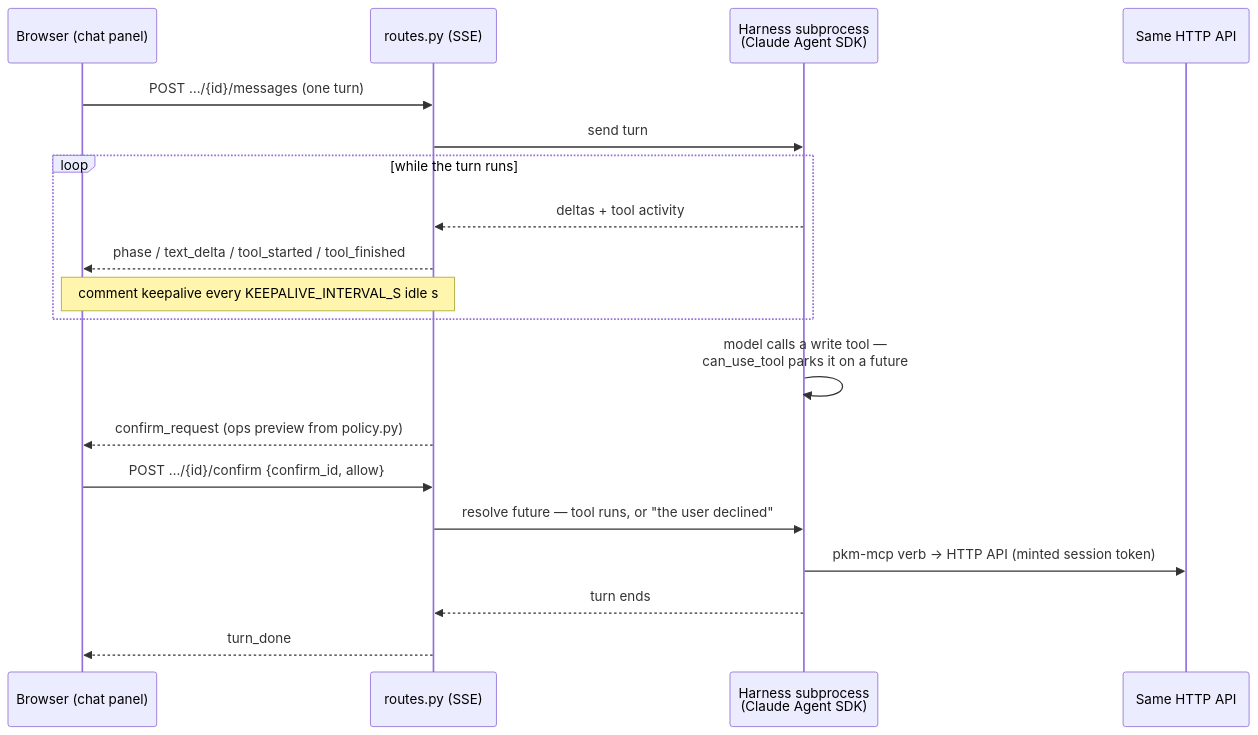
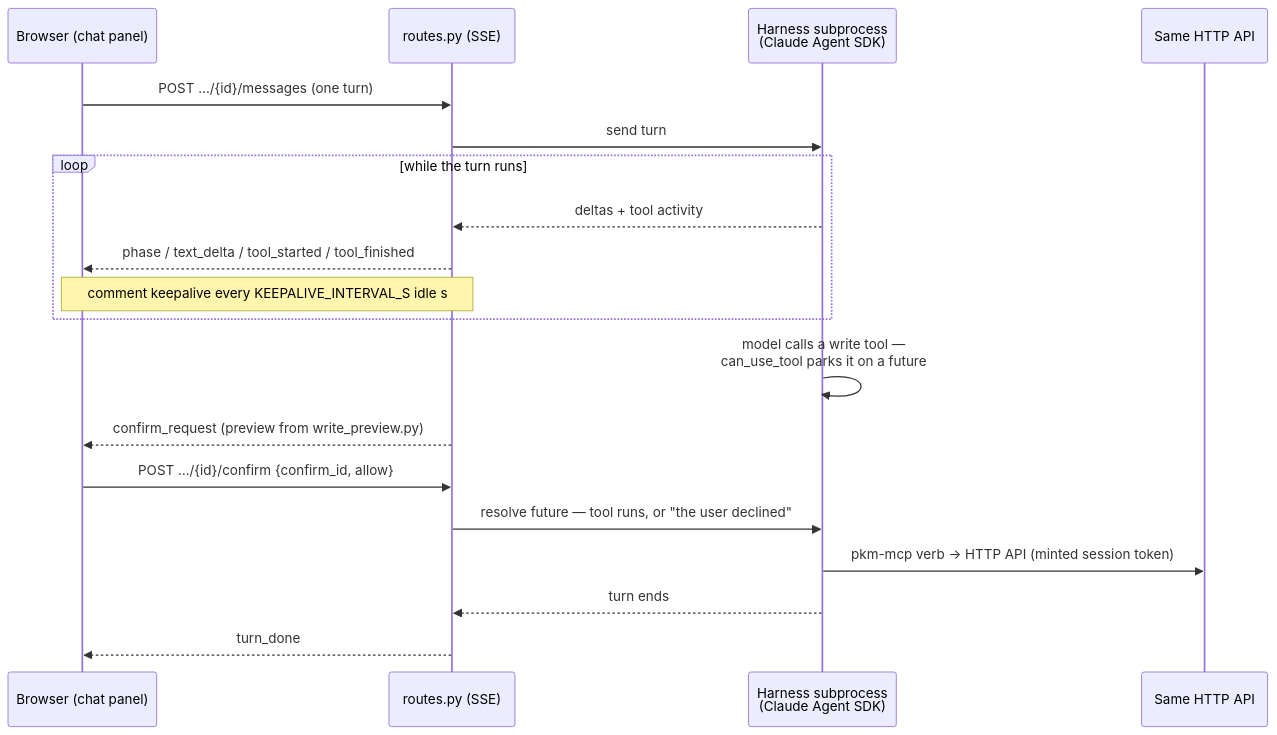
Before and after one commit to ArthurClune/pkm-system: the first of 2 diagrams in docs/architecture/assistant.md, drawn with Mermaid. The commit also changed other lines of this file and 3 other files, not shown here.

````diff
--- a/docs/architecture/assistant.md
+++ b/docs/architecture/assistant.md
@@ -30,22 +31,22 @@
 ```mermaid
 sequenceDiagram
     participant B as Browser (chat panel)
     participant R as routes.py (SSE)
     participant H as Harness subprocess<br/>(Claude Agent SDK)
     participant A as Same HTTP API
 
     B->>R: POST …/{id}/messages (one turn)
     R->>H: send turn
     loop while the turn runs
         H-->>R: deltas + tool activity
         R-->>B: phase / text_delta / tool_started / tool_finished
         Note over R,B: comment keepalive every KEEPALIVE_INTERVAL_S idle s
     end
     H->>H: model calls a write tool —<br/>can_use_tool parks it on a future
-    R-->>B: confirm_request (ops preview from policy.py)
+    R-->>B: confirm_request (preview from write_preview.py)
     B->>R: POST …/{id}/confirm {confirm_id, allow}
     R->>H: resolve future — tool runs, or "the user declined"
     H->>A: pkm-mcp verb → HTTP API (minted session token)
     H-->>R: turn ends
     R-->>B: turn_done
 ```
````
